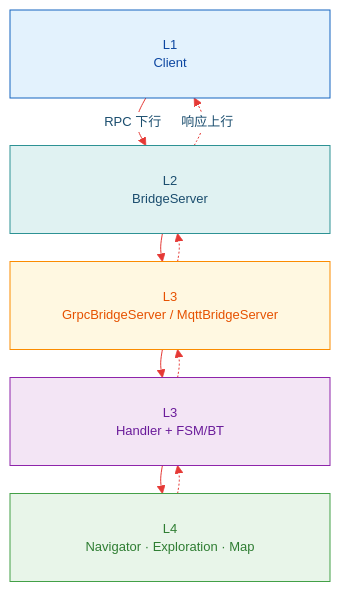
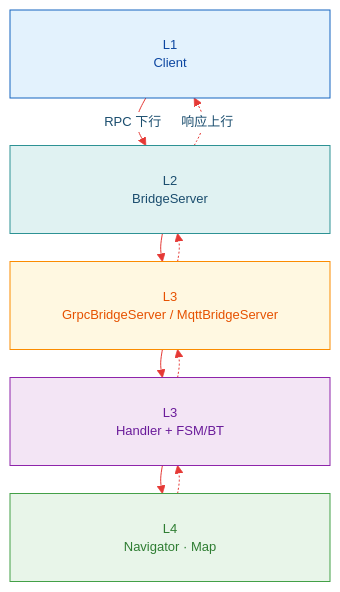
Before and after one commit to quandy2020/autonomy: the diagram in docs/source/15_Bridge/02_architecture.md, drawn with Mermaid. The commit also changed other lines of this file and 177 other files, not shown here.

````diff
--- a/docs/source/15_Bridge/02_architecture.md
+++ b/docs/source/15_Bridge/02_architecture.md
@@ -18,23 +18,23 @@
 ```mermaid
 %%{init: {"theme":"base","themeVariables":{"fontSize":"13px","primaryColor":"#e0f2f2","primaryTextColor":"#1a4d6e","primaryBorderColor":"#2d9294","lineColor":"#e53935","edgeLabelBackground":"#ffffff","labelTextColor":"#455a64"},"flowchart":{"nodeSpacing":24,"rankSpacing":28,"padding":8,"htmlLabels":true,"useMaxWidth":false}}}%%
 flowchart TB
     Client["<div style='width:18rem;height:4.5rem;display:flex;align-items:center;justify-content:center;text-align:center;line-height:1.35;font-size:13px;box-sizing:border-box;padding:0.45rem 0.65rem;overflow:hidden;background:#e3f2fd;border-radius:6px;color:#0d47a1'>L1<br/>Client</div>"]
     BS["<div style='width:18rem;height:4.5rem;display:flex;align-items:center;justify-content:center;text-align:center;line-height:1.35;font-size:13px;box-sizing:border-box;padding:0.45rem 0.65rem;overflow:hidden;background:#e0f2f2;border-radius:6px;color:#1a4d6e'>L2<br/>BridgeServer</div>"]
     TX["<div style='width:18rem;height:4.5rem;display:flex;align-items:center;justify-content:center;text-align:center;line-height:1.35;font-size:13px;box-sizing:border-box;padding:0.45rem 0.65rem;overflow:hidden;background:#fff8e1;border-radius:6px;color:#e65100'>L3<br/>GrpcBridgeServer / MqttBridgeServer</div>"]
     HD["<div style='width:18rem;height:4.5rem;display:flex;align-items:center;justify-content:center;text-align:center;line-height:1.35;font-size:13px;box-sizing:border-box;padding:0.45rem 0.65rem;overflow:hidden;background:#f3e5f5;border-radius:6px;color:#6a1b9a'>L3<br/>Handler + FSM/BT</div>"]
-    Stack["<div style='width:18rem;height:4.5rem;display:flex;align-items:center;justify-content:center;text-align:center;line-height:1.35;font-size:13px;box-sizing:border-box;padding:0.45rem 0.65rem;overflow:hidden;background:#e8f5e9;border-radius:6px;color:#2e7d32'>L4<br/>Navigator · Exploration · Map</div>"]
+    Stack["<div style='width:18rem;height:4.5rem;display:flex;align-items:center;justify-content:center;text-align:center;line-height:1.35;font-size:13px;box-sizing:border-box;padding:0.45rem 0.65rem;overflow:hidden;background:#e8f5e9;border-radius:6px;color:#2e7d32'>L4<br/>Navigator · Map</div>"]
 
     Client -->|"RPC 下行"| BS --> TX --> HD --> Stack
     Stack -.-> HD -.-> TX -.-> BS -.->|"响应上行"| Client
 
     classDef l1 fill:#e3f2fd,stroke:#1565c0,color:#0d47a1
     classDef l2 fill:#e0f2f2,stroke:#2d9294,color:#1a4d6e
     classDef l3tx fill:#fff8e1,stroke:#fb8c00,color:#e65100
     classDef l3hd fill:#f3e5f5,stroke:#8e24aa,color:#6a1b9a
     classDef l4 fill:#e8f5e9,stroke:#43a047,color:#2e7d32
     class Client l1
     class BS l2
     class TX l3tx
     class HD l3hd
     class Stack l4
 ```
````
